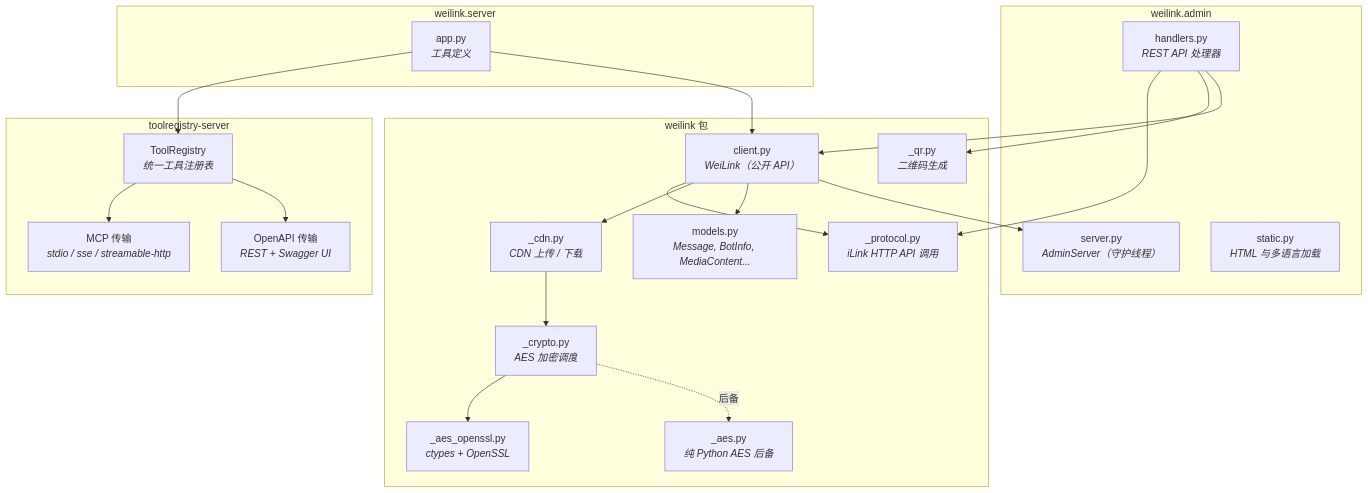
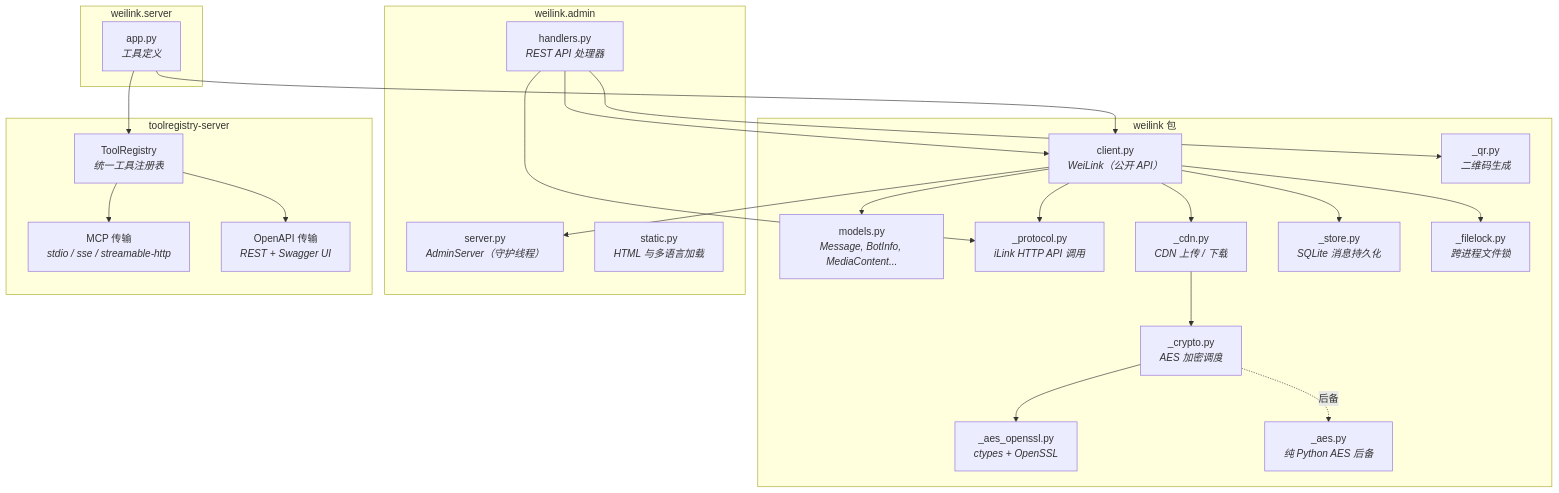
One commit to Oaklight/weilink changed the first of 13 diagrams in docs/architecture.md. Above: the diagram before and after it, drawn with Mermaid. The commit also changed other lines of this file, not shown here.

Commit message:
Add SQLite persistence, Route C, and multi-client coordination docs

````diff
--- a/docs/architecture.md
+++ b/docs/architecture.md
@@ -7,44 +7,48 @@
 ```mermaid
 graph TB
     subgraph "weilink 包"
         client["client.py<br/><i>WeiLink（公开 API）</i>"]
         models["models.py<br/><i>Message, BotInfo, MediaContent...</i>"]
         protocol["_protocol.py<br/><i>iLink HTTP API 调用</i>"]
         cdn["_cdn.py<br/><i>CDN 上传 / 下载</i>"]
         crypto["_crypto.py<br/><i>AES 加密调度</i>"]
         aes_ssl["_aes_openssl.py<br/><i>ctypes + OpenSSL</i>"]
         aes_py["_aes.py<br/><i>纯 Python AES 后备</i>"]
         qr["_qr.py<br/><i>二维码生成</i>"]
+        store["_store.py<br/><i>SQLite 消息持久化</i>"]
+        filelock["_filelock.py<br/><i>跨进程文件锁</i>"]
     end
 
     subgraph "weilink.admin"
         admin_srv["server.py<br/><i>AdminServer（守护线程）</i>"]
         admin_hdl["handlers.py<br/><i>REST API 处理器</i>"]
         admin_stc["static.py<br/><i>HTML 与多语言加载</i>"]
     end
 
     subgraph "weilink.server"
         mcp_srv["app.py<br/><i>工具定义</i>"]
     end
 
     subgraph "toolregistry-server"
         tr["ToolRegistry<br/><i>统一工具注册表</i>"]
         mcp_out["MCP 传输<br/><i>stdio / sse / streamable-http</i>"]
         openapi_out["OpenAPI 传输<br/><i>REST + Swagger UI</i>"]
     end
 
     client --> protocol
     client --> cdn
     client --> models
     client --> admin_srv
+    client --> store
+    client --> filelock
     cdn --> crypto
     crypto --> aes_ssl
     crypto -.->|后备| aes_py
     admin_hdl --> protocol
     admin_hdl --> qr
     admin_hdl --> client
     mcp_srv --> tr
     tr --> mcp_out
     tr --> openapi_out
     mcp_srv --> client
 ```
````
